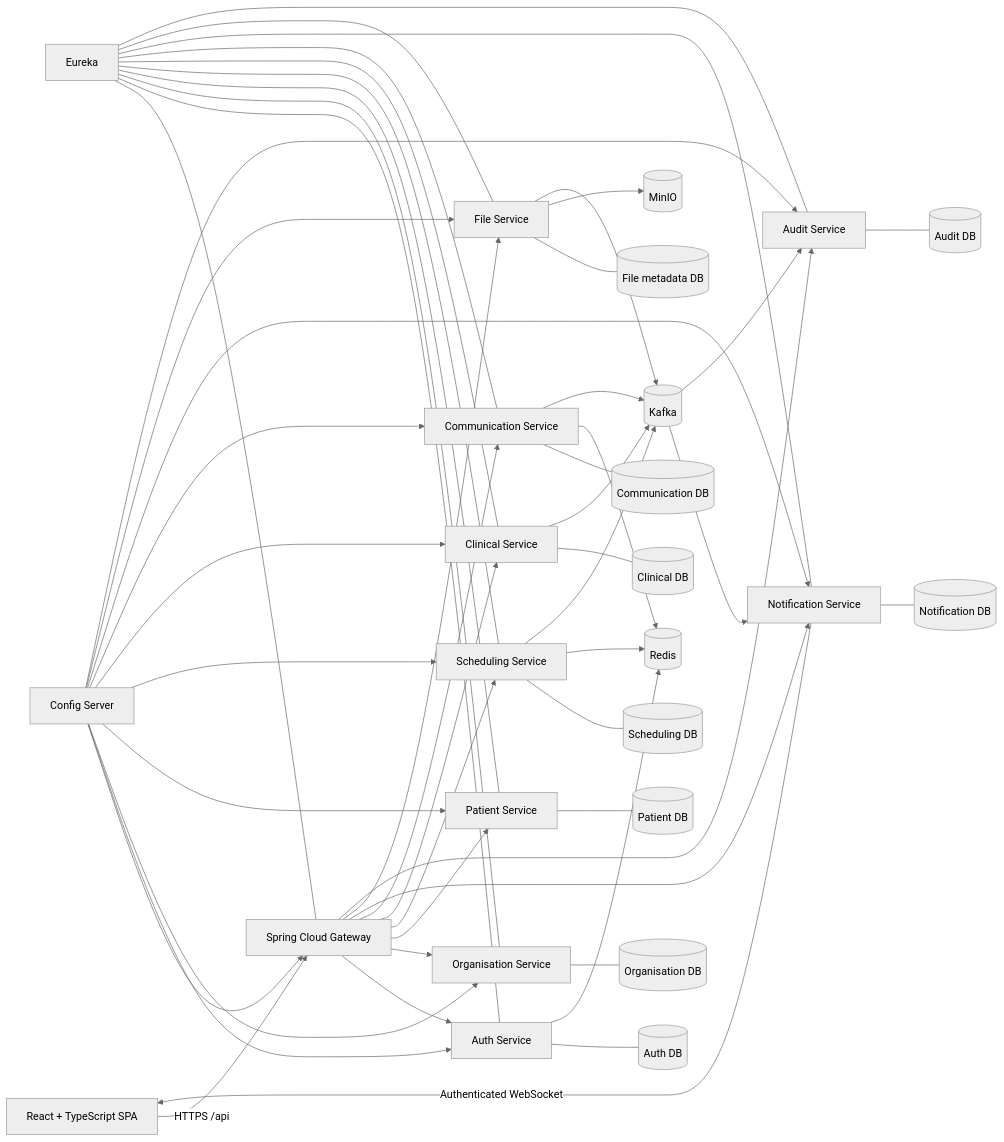
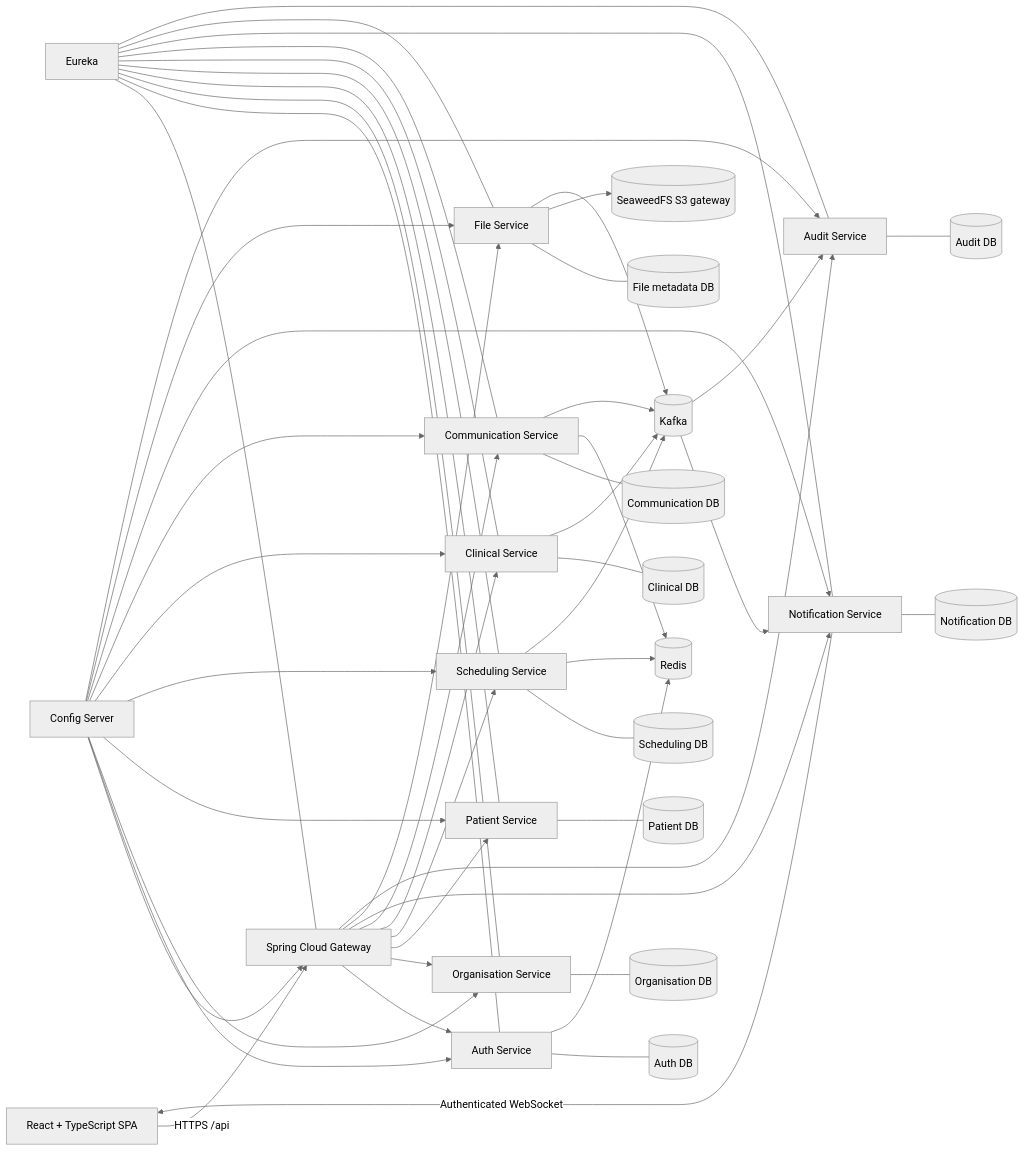
One commit to faresjebal/sahha_backend changed the diagram in docs/PROJECT_CONTEXT.md. Above: the diagram before and after it, drawn with Mermaid (neutral theme). The commit also changed other lines of this file and 612 other files, not shown here.

````diff
--- a/docs/PROJECT_CONTEXT.md
+++ b/docs/PROJECT_CONTEXT.md
@@ -210,57 +210,57 @@
 ```mermaid
 flowchart LR
     UI[React + TypeScript SPA] -->|HTTPS /api| GW[Spring Cloud Gateway]
     GW --> AUTH[Auth Service]
     GW --> ORG[Organisation Service]
     GW --> PAT[Patient Service]
     GW --> SCH[Scheduling Service]
     GW --> CLIN[Clinical Service]
     GW --> COM[Communication Service]
     GW --> NOTIF[Notification Service]
     GW --> FILE[File Service]
     GW --> AUDIT[Audit Service]
 
     AUTH --- DBA[(Auth DB)]
     ORG --- DBO[(Organisation DB)]
     PAT --- DBP[(Patient DB)]
     SCH --- DBS[(Scheduling DB)]
     CLIN --- DBC[(Clinical DB)]
     COM --- DBM[(Communication DB)]
     NOTIF --- DBN[(Notification DB)]
     FILE --- DBF[(File metadata DB)]
     AUDIT --- DBAU[(Audit DB)]
 
-    FILE --> MINIO[(MinIO)]
+    FILE --> SEAWEED[(SeaweedFS S3 gateway)]
     AUTH --> REDIS[(Redis)]
     COM --> REDIS
     SCH --> REDIS
 
     SCH --> KAFKA[(Kafka)]
     CLIN --> KAFKA
     COM --> KAFKA
     FILE --> KAFKA
     KAFKA --> NOTIF
     KAFKA --> AUDIT
     NOTIF -->|Authenticated WebSocket| UI
 
     CONFIG[Config Server] --> GW
     CONFIG --> AUTH
     CONFIG --> ORG
     CONFIG --> PAT
     CONFIG --> SCH
     CONFIG --> CLIN
     CONFIG --> COM
     CONFIG --> NOTIF
     CONFIG --> FILE
     CONFIG --> AUDIT
     EUREKA[Eureka] --- GW
     EUREKA --- AUTH
     EUREKA --- ORG
     EUREKA --- PAT
     EUREKA --- SCH
     EUREKA --- CLIN
     EUREKA --- COM
     EUREKA --- NOTIF
     EUREKA --- FILE
     EUREKA --- AUDIT
 ```
````
